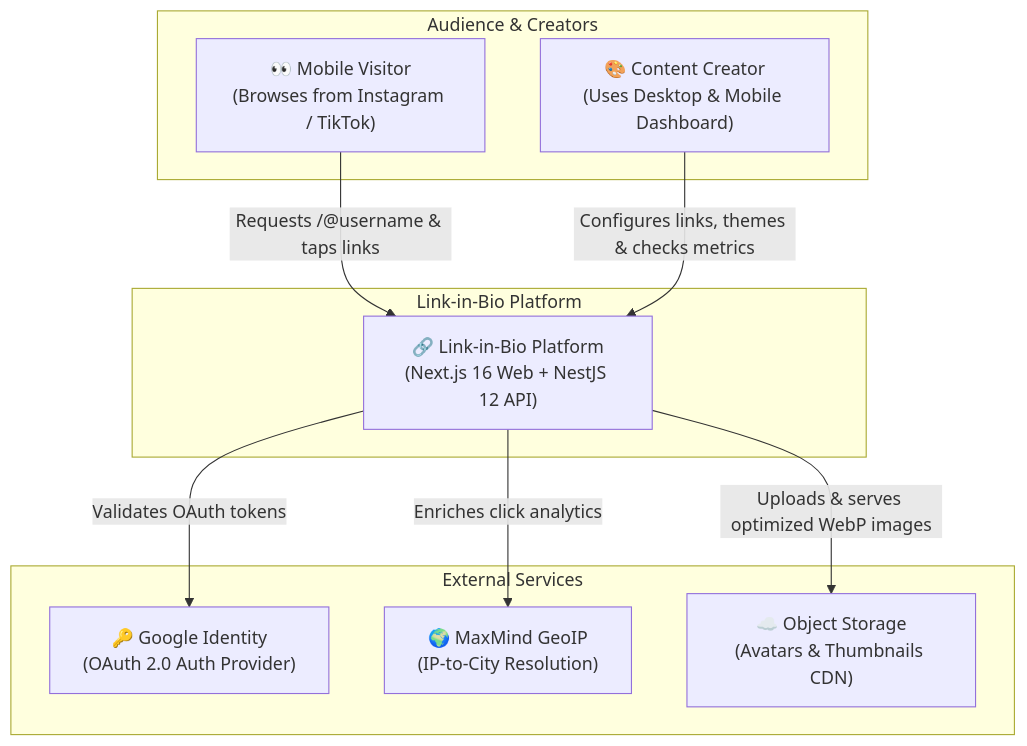
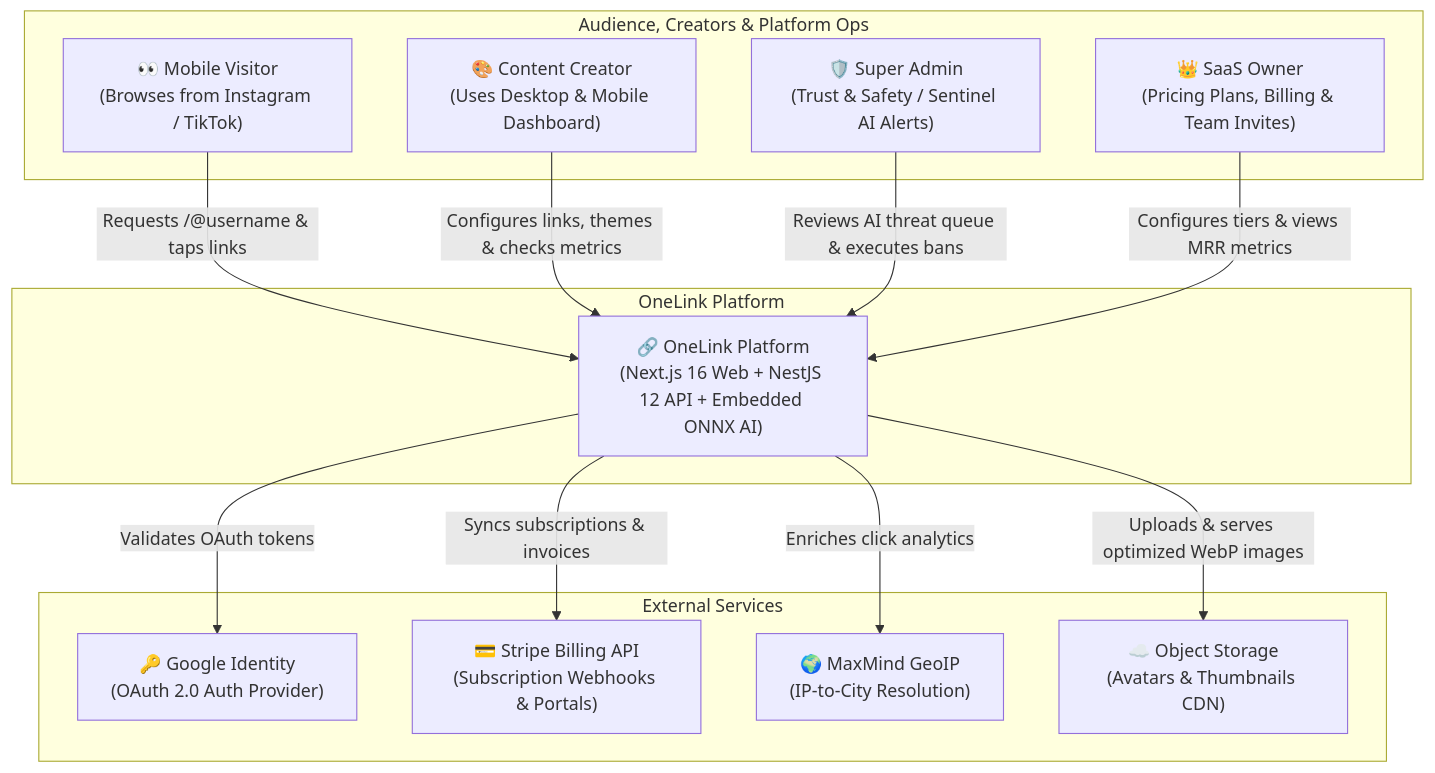
One commit to iamcristian/onelink-saas changed the first of 4 diagrams in docs/architecture/system-architecture.md. Above: the diagram before and after it, drawn with Mermaid. The commit also changed other lines of this file and 8 other files, not shown here.

Commit message:
feat(design): complete 6-screen ecosystem with Sentinel AI moderation and SaaS billing consoles

````diff
--- a/docs/architecture/system-architecture.md
+++ b/docs/architecture/system-architecture.md
@@ -11,23 +11,29 @@
 ```mermaid
 graph TB
-    subgraph Users["Audience & Creators"]
+    subgraph Users["Audience, Creators & Platform Ops"]
         V["👀 Mobile Visitor<br/>(Browses from Instagram / TikTok)"]
         C["🎨 Content Creator<br/>(Uses Desktop & Mobile Dashboard)"]
+        SA["🛡️ Super Admin<br/>(Trust & Safety / Sentinel AI Alerts)"]
+        OW["👑 SaaS Owner<br/>(Pricing Plans, Billing & Team Invites)"]
     end
 
-    subgraph System["Link-in-Bio Platform"]
-        PLATFORM["🔗 Link-in-Bio Platform<br/>(Next.js 16 Web + NestJS 12 API)"]
+    subgraph System["OneLink Platform"]
+        PLATFORM["🔗 OneLink Platform<br/>(Next.js 16 Web + NestJS 12 API + Embedded ONNX AI)"]
     end
 
     subgraph ThirdParty["External Services"]
         GOOGLE["🔑 Google Identity<br/>(OAuth 2.0 Auth Provider)"]
+        STRIPE["💳 Stripe Billing API<br/>(Subscription Webhooks & Portals)"]
         GEO["🌍 MaxMind GeoIP<br/>(IP-to-City Resolution)"]
         S3["☁️ Object Storage<br/>(Avatars & Thumbnails CDN)"]
     end
 
     V -->|"Requests /@username & taps links"| PLATFORM
     C -->|"Configures links, themes & checks metrics"| PLATFORM
+    SA -->|"Reviews AI threat queue & executes bans"| PLATFORM
+    OW -->|"Configures tiers & views MRR metrics"| PLATFORM
     PLATFORM -->|"Validates OAuth tokens"| GOOGLE
+    PLATFORM -->|"Syncs subscriptions & invoices"| STRIPE
     PLATFORM -->|"Enriches click analytics"| GEO
     PLATFORM -->|"Uploads & serves optimized WebP images"| S3
 ```
````
